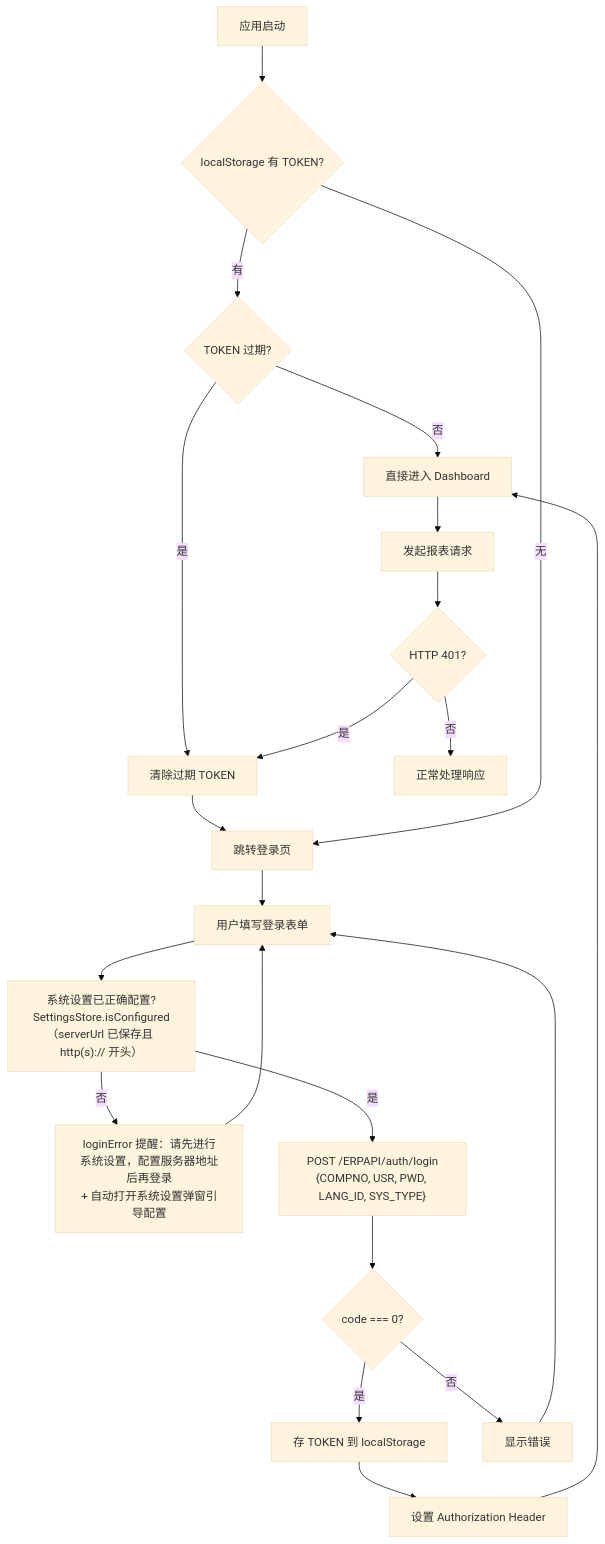
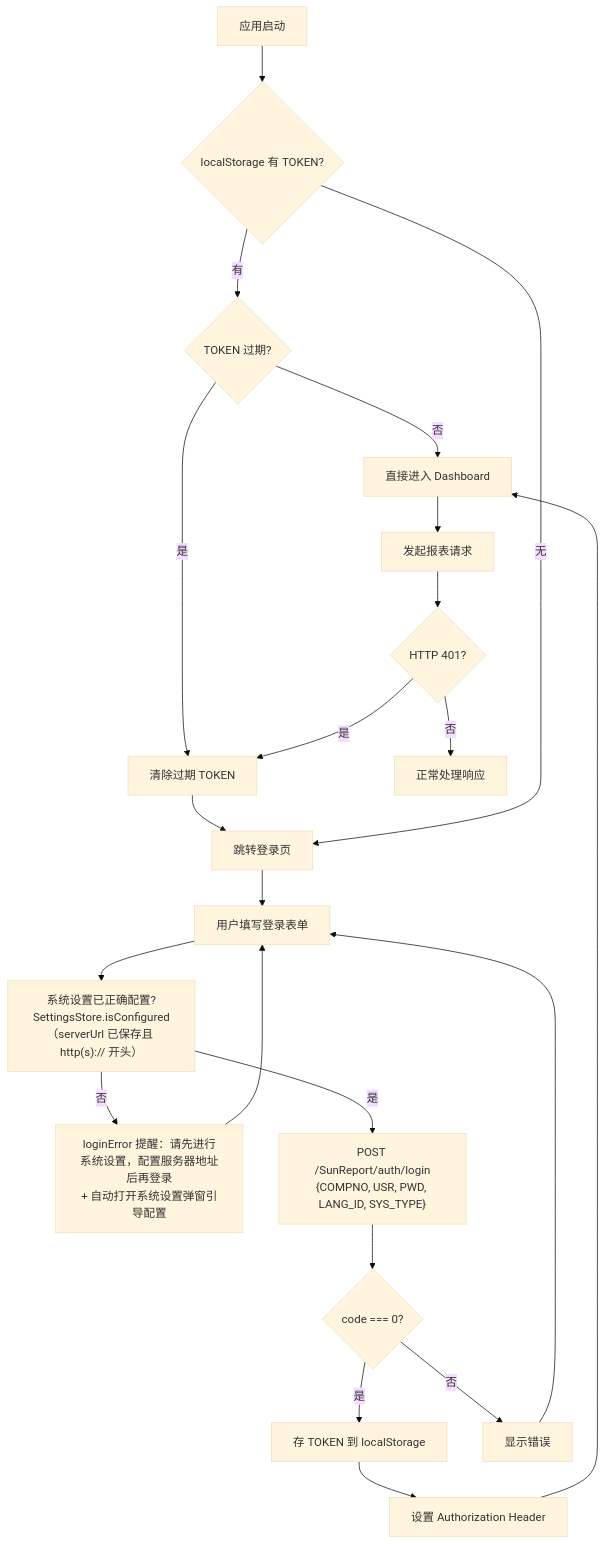
The fourth of 25 diagrams in 流程图.md (ksmingkimo/AsCoding), drawn with Mermaid (base theme) before and after one commit. The commit also changed other lines of this file and 27 other files, not shown here.

First line of the commit message:
feat: Round 66 站点迁移 ERPAPI→SunReport + 科目预算移组 + 新旧系统判定隐藏

````diff
--- a/流程图.md
+++ b/流程图.md
@@ -135,26 +138,26 @@
 ```mermaid
 flowchart TD
     A[应用启动] --> B{localStorage 有 TOKEN?}
     B -->|有| C{TOKEN 过期?}
     C -->|否| D[直接进入 Dashboard]
     C -->|是| E[清除过期 TOKEN]
     E --> F[跳转登录页]
     B -->|无| F
 
     F --> G[用户填写登录表单]
     G --> G2["系统设置已正确配置?<br/>SettingsStore.isConfigured<br/>（serverUrl 已保存且 http(s):// 开头）"]
     G2 -->|否| G3["loginError 提醒：请先进行系统设置，配置服务器地址后再登录<br/>+ 自动打开系统设置弹窗引导配置"]
     G3 --> G
-    G2 -->|是| H["POST /ERPAPI/auth/login<br/>{COMPNO, USR, PWD, LANG_ID, SYS_TYPE}"]
+    G2 -->|是| H["POST /SunReport/auth/login<br/>{COMPNO, USR, PWD, LANG_ID, SYS_TYPE}"]
     H --> I{code === 0?}
     I -->|是| J["存 TOKEN 到 localStorage"]
     J --> K[设置 Authorization Header]
     K --> D
     I -->|否| L[显示错误]
     L --> G
 
     D --> M[发起报表请求]
     M --> N{HTTP 401?}
     N -->|是| E
     N -->|否| O[正常处理响应]
 ```
````
